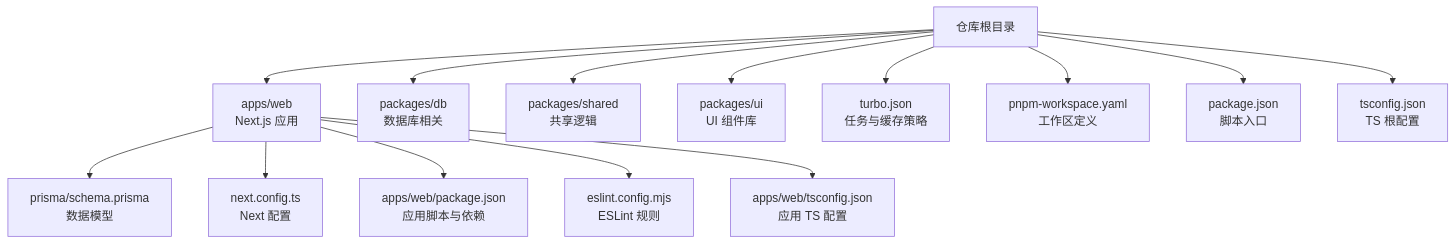
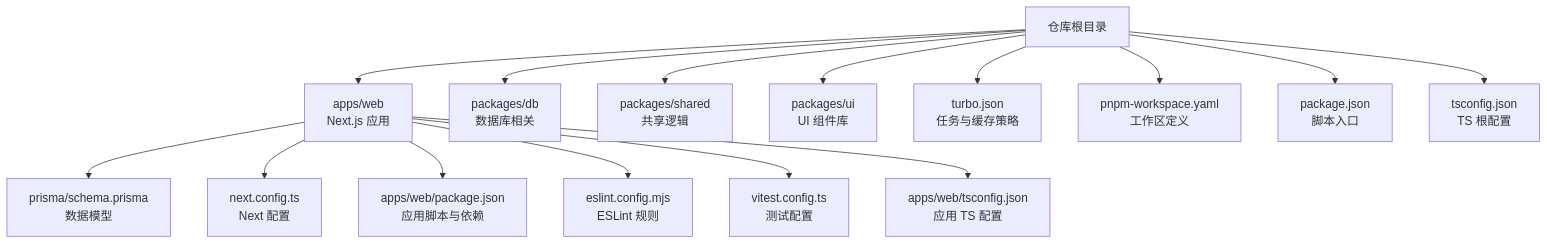
One commit to ai-guru-global/agent-up changed the first of 7 diagrams in .qoder/repowiki/zh/content/开发指南/开发指南.md. Above: the diagram before and after it, drawn with Mermaid. The commit also changed other lines of this file and 13 other files, not shown here.

````diff
--- a/.qoder/repowiki/zh/content/开发指南/开发指南.md
+++ b/.qoder/repowiki/zh/content/开发指南/开发指南.md
@@ -51,16 +59,17 @@
 ```mermaid
 graph TB
 root["仓库根目录"] --> apps_web["apps/web<br/>Next.js 应用"]
 root --> packages_db["packages/db<br/>数据库相关"]
 root --> packages_shared["packages/shared<br/>共享逻辑"]
 root --> packages_ui["packages/ui<br/>UI 组件库"]
 root --> turbo["turbo.json<br/>任务与缓存策略"]
 root --> pnpm_ws["pnpm-workspace.yaml<br/>工作区定义"]
 root --> pkg_root["package.json<br/>脚本入口"]
 root --> ts_root["tsconfig.json<br/>TS 根配置"]
 apps_web --> prisma_schema["prisma/schema.prisma<br/>数据模型"]
 apps_web --> next_cfg["next.config.ts<br/>Next 配置"]
 apps_web --> web_pkg["apps/web/package.json<br/>应用脚本与依赖"]
 apps_web --> eslint_cfg["eslint.config.mjs<br/>ESLint 规则"]
+apps_web --> vitest_cfg["vitest.config.ts<br/>测试配置"]
 apps_web --> web_ts["apps/web/tsconfig.json<br/>应用 TS 配置"]
 ```
````
